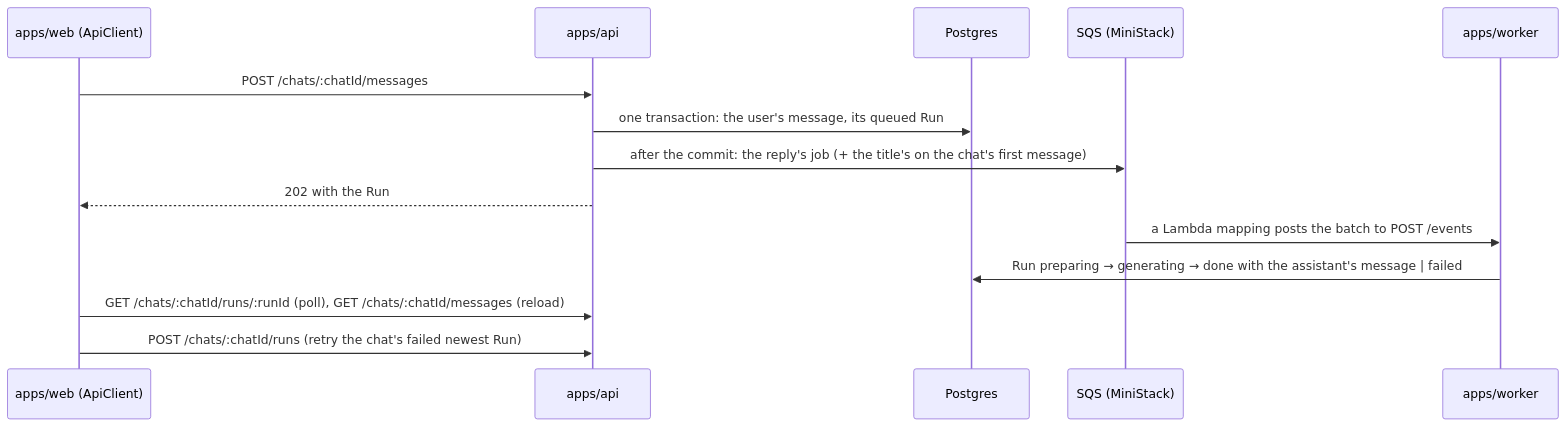
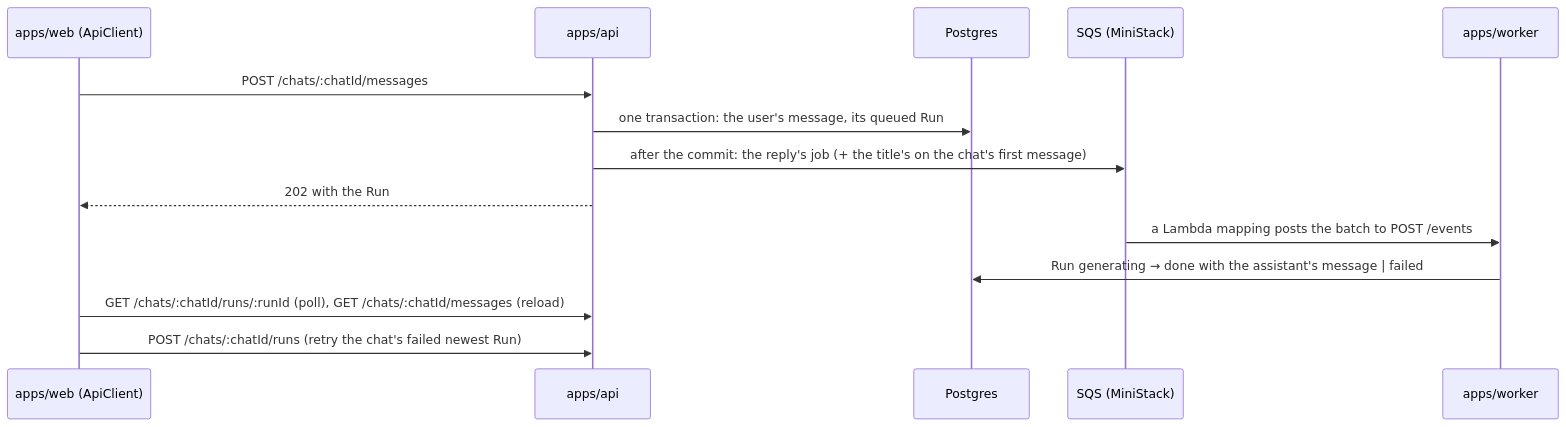
The first of 2 diagrams in README.md (khotei/app-template), drawn with Mermaid before and after one commit. The commit also changed other lines of this file and 19 other files, not shown here.

````diff
--- a/README.md
+++ b/README.md
@@ -35,16 +35,16 @@
 ```mermaid
 sequenceDiagram
   participant W as apps/web (ApiClient)
   participant A as apps/api
   participant S as Postgres
   participant Q as SQS (MiniStack)
   participant K as apps/worker
   W->>A: POST /chats/:chatId/messages
   A->>S: one transaction: the user's message, its queued Run
   A->>Q: after the commit: the reply's job (+ the title's on the chat's first message)
   A-->>W: 202 with the Run
   Q->>K: a Lambda mapping posts the batch to POST /events
-  K->>S: Run preparing → generating → done with the assistant's message | failed
+  K->>S: Run generating → done with the assistant's message | failed
   W->>A: GET /chats/:chatId/runs/:runId (poll), GET /chats/:chatId/messages (reload)
   W->>A: POST /chats/:chatId/runs (retry the chat's failed newest Run)
 ```
````
